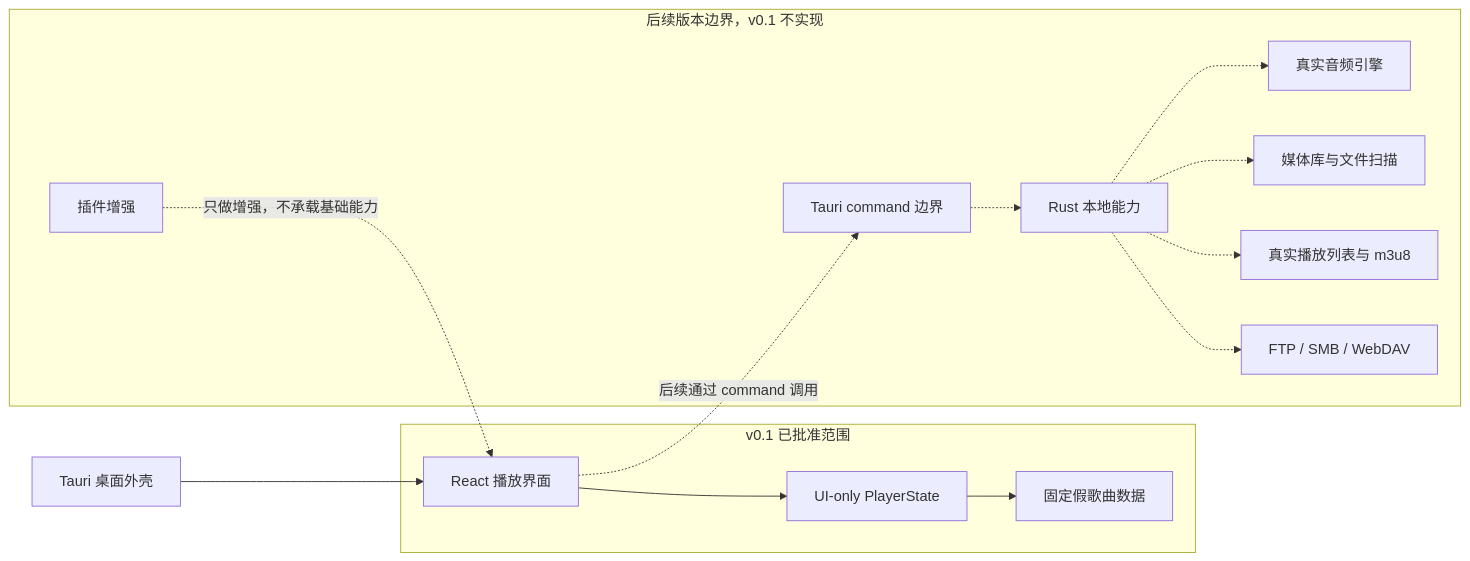
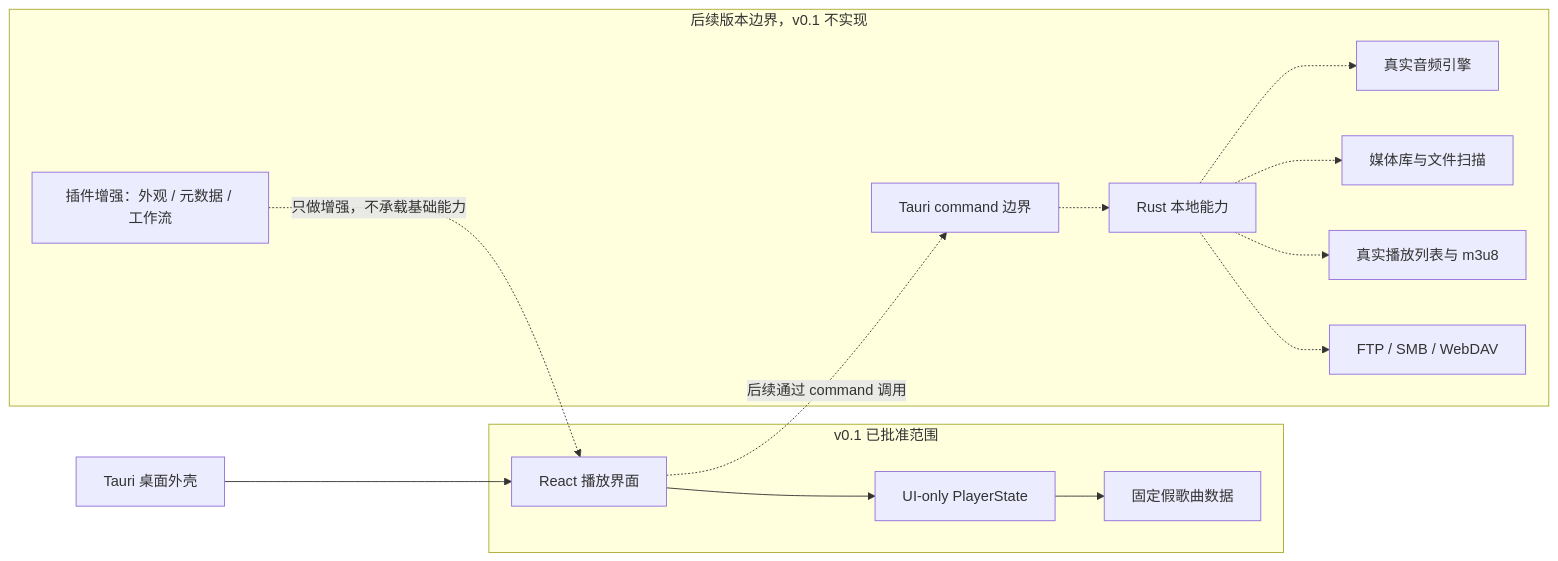
One commit to SpMusic-team/SpMusic changed the diagram in docs/architecture/overall-architecture.md. Above: the diagram before and after it, drawn with Mermaid. The commit also changed other lines of this file and 8 other files, not shown here.

````diff
--- a/docs/architecture/overall-architecture.md
+++ b/docs/architecture/overall-architecture.md
@@ -84,32 +99,32 @@
 ```mermaid
 flowchart LR
   subgraph V01["v0.1 已批准范围"]
     UI["React 播放界面"]
     State["UI-only PlayerState"]
     FakeTracks["固定假歌曲数据"]
   end
 
   Shell["Tauri 桌面外壳"]
 
   subgraph Future["后续版本边界，v0.1 不实现"]
     Commands["Tauri command 边界"]
     RustLocal["Rust 本地能力"]
     Audio["真实音频引擎"]
     Library["媒体库与文件扫描"]
     Playlists["真实播放列表与 m3u8"]
     Network["FTP / SMB / WebDAV"]
-    Plugins["插件增强"]
+    Plugins["插件增强：外观 / 元数据 / 工作流"]
   end
 
   Shell --> UI
   UI --> State
   State --> FakeTracks
 
   UI -. "后续通过 command 调用" .-> Commands
   Commands -.-> RustLocal
   RustLocal -.-> Audio
   RustLocal -.-> Library
   RustLocal -.-> Playlists
   RustLocal -.-> Network
   Plugins -. "只做增强，不承载基础能力" .-> UI
 ```
````
